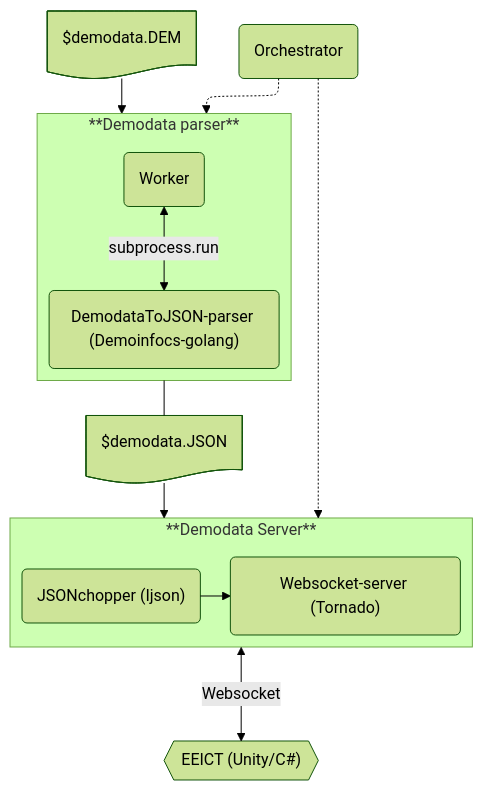
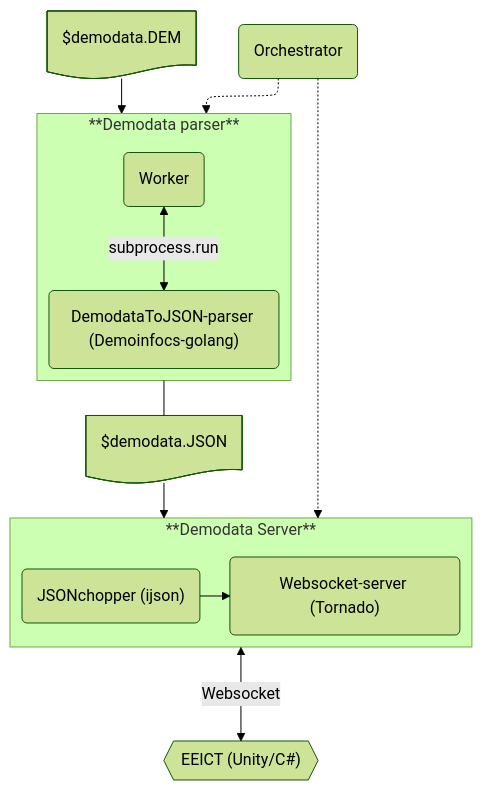
One commit to ohtuprojekti-Elisa/suunnitteludokumentaatio changed the diagram in tekninen_suunnittelu/backend/cs2-demodata_to_eeict.md. Above: the diagram before and after it, drawn with Mermaid (forest theme). The commit also changed other lines of this file and 2 other files, not shown here.

Commit message:
Ohjeet backendin käyttöön

````diff
--- a/tekninen_suunnittelu/backend/cs2-demodata_to_eeict.md
+++ b/tekninen_suunnittelu/backend/cs2-demodata_to_eeict.md
@@ -6,35 +6,35 @@
 ```mermaid
 
 %%{init: {"flowchart": {"defaultRenderer": "elk"}} }%%
 
 flowchart TB
 
     dem@{ shape: doc, label: "$demodata.DEM"}
     dem --> parser
 
     direction TB
     orch("Orchestrator")
     orch -.-> parser
     orch -.-> server
     
     subgraph parser ["**Demodata parser**"]
         worker("Worker")
         worker <--"subprocess.run"--> B
         B("DemodataToJSON-parser (Demoinfocs-golang)")
     end
 
     parser --- json
     json@{ shape: doc, label: "$demodata.JSON"}
     json --> server
 
     subgraph server ["**Demodata Server**"]
         direction LR
-        D("JSONchopper (Ijson)") 
+        D("JSONchopper (ijson)") 
         D --> E
         E("Websocket-server (Tornado)")
     end
     
     server <--"Websocket"--> eeict
     eeict{{"EEICT (Unity/C#)"}}
     
 ```
````
